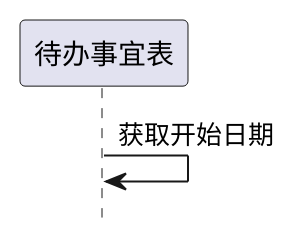
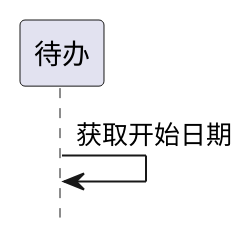
One commit to zj335841911/nt_chandao changed the second of 2 diagrams in ibizpms-docs/src/main/doc/v1/module/zentao/Todo_old.md. Above: the diagram before and after it, drawn with PlantUML. The commit also changed other lines of this file and 37 other files, not shown here.

```diff
--- a/ibizpms-docs/src/main/doc/v1/module/zentao/Todo_old.md
+++ b/ibizpms-docs/src/main/doc/v1/module/zentao/Todo_old.md
@@ -136,5 +136,5 @@
 {% plantuml %}
 hide footbox
 
-待办事宜表 -> 待办事宜表: 获取开始日期
+待办 -> 待办: 获取开始日期
 {% endplantuml %}
```
